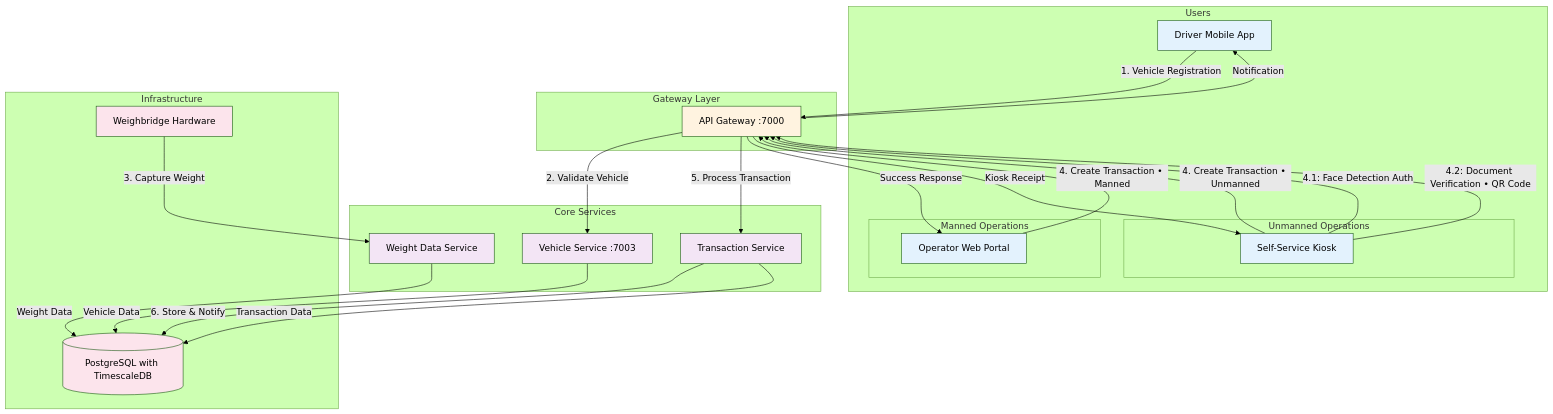
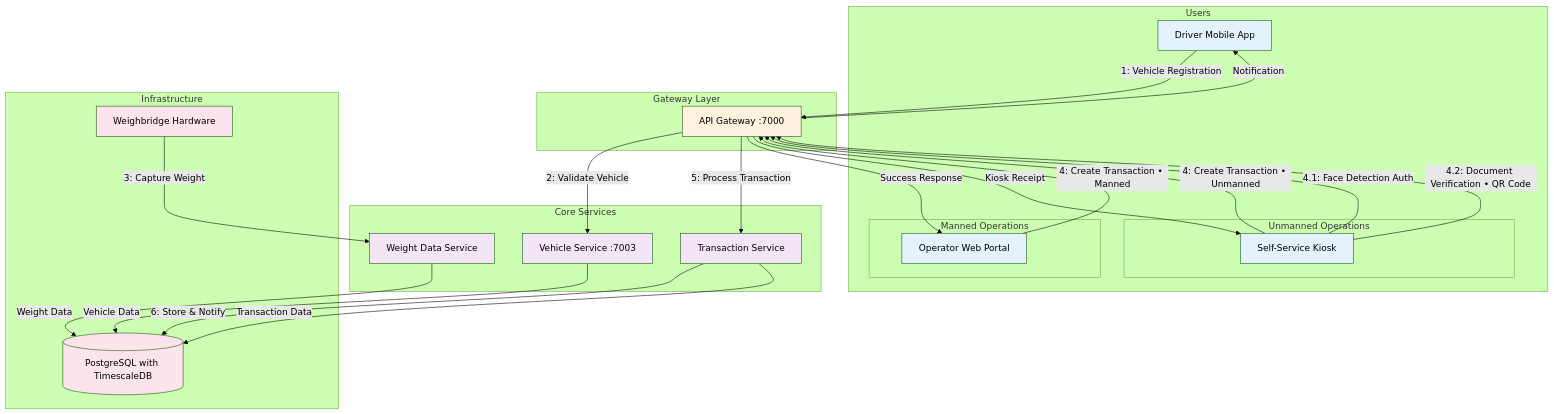
The diagram in docs/c4/complete-weighing-transaction-flow.mmd (Qalitrack/qalitrackservices), drawn with Mermaid (forest theme) before and after one commit. The commit also changed 6 other files, not shown here.

First line of the commit message:
fix(c4): replace numbered periods with colons in Mermaid diagrams to prevent markdown list errors

```diff
--- a/docs/c4/complete-weighing-transaction-flow.mmd
+++ b/docs/c4/complete-weighing-transaction-flow.mmd
@@ -1,64 +1,64 @@
 flowchart TD
     subgraph "Users"
         Driver[Driver Mobile App]
         
         subgraph "Manned Operations"
             Operator[Operator Web Portal]
         end
         
         subgraph "Unmanned Operations"
             Kiosk[Self-Service Kiosk]
         end
     end
     
     subgraph "Gateway Layer"
         Gateway[API Gateway :7000]
     end
     
     subgraph "Core Services"
         VehicleSvc[Vehicle Service :7003]
         WeightSvc[Weight Data Service]
         TransactionSvc[Transaction Service]
     end
     
     subgraph "Infrastructure"
         PostgreSQL[(PostgreSQL with TimescaleDB)]
         Hardware[Weighbridge Hardware]
     end
 
     %% Sequential transaction flow
-    Driver -->|"1. Vehicle Registration"| Gateway
-    Gateway -->|"2. Validate Vehicle"| VehicleSvc
-    Hardware -->|"3. Capture Weight"| WeightSvc
+    Driver -->|"1: Vehicle Registration"| Gateway
+    Gateway -->|"2: Validate Vehicle"| VehicleSvc
+    Hardware -->|"3: Capture Weight"| WeightSvc
     
     %% Manned operations
-    Operator -->|"4. Create Transaction • Manned"| Gateway
+    Operator -->|"4: Create Transaction • Manned"| Gateway
     
     %% Unmanned operations  
-    Kiosk -->|"4. Create Transaction • Unmanned"| Gateway
+    Kiosk -->|"4: Create Transaction • Unmanned"| Gateway
     Kiosk -->|"4.1: Face Detection Auth"| Gateway
     Kiosk -->|"4.2: Document Verification • QR Code"| Gateway
     
     %% Common transaction processing
-    Gateway -->|"5. Process Transaction"| TransactionSvc
-    TransactionSvc -->|"6. Store & Notify"| PostgreSQL
+    Gateway -->|"5: Process Transaction"| TransactionSvc
+    TransactionSvc -->|"6: Store & Notify"| PostgreSQL
     
     %% Data storage
     VehicleSvc -->|Vehicle Data| PostgreSQL
     WeightSvc -->|Weight Data| PostgreSQL
     TransactionSvc -->|Transaction Data| PostgreSQL
     
     %% Responses
     Gateway -->|Success Response| Operator
     Gateway -->|Kiosk Receipt| Kiosk
     Gateway -->|Notification| Driver
 
     classDef client fill:#e3f2fd
     classDef gateway fill:#fff3e0
     classDef services fill:#f3e5f5
     classDef infrastructure fill:#fce4ec
     
     class Driver,Operator,Kiosk client
     class Gateway gateway
     class VehicleSvc,WeightSvc,TransactionSvc services
     class PostgreSQL,Hardware infrastructure
```
